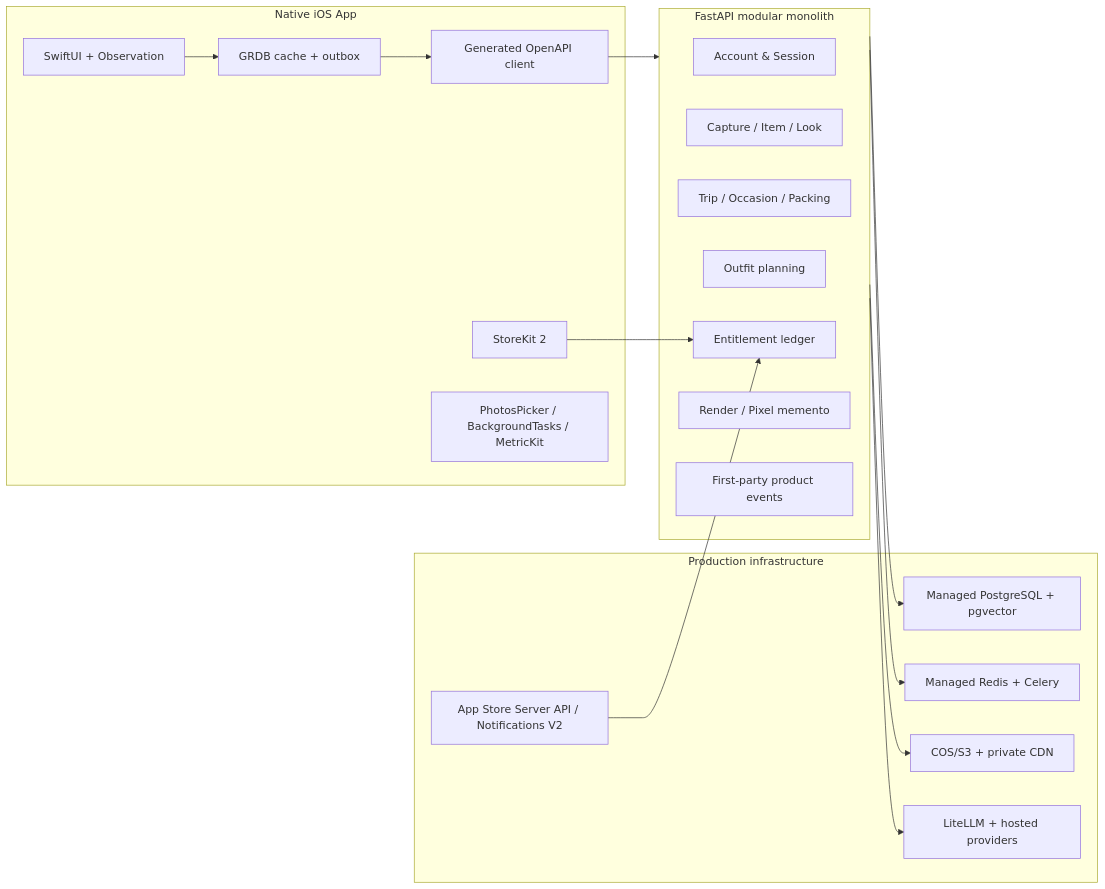
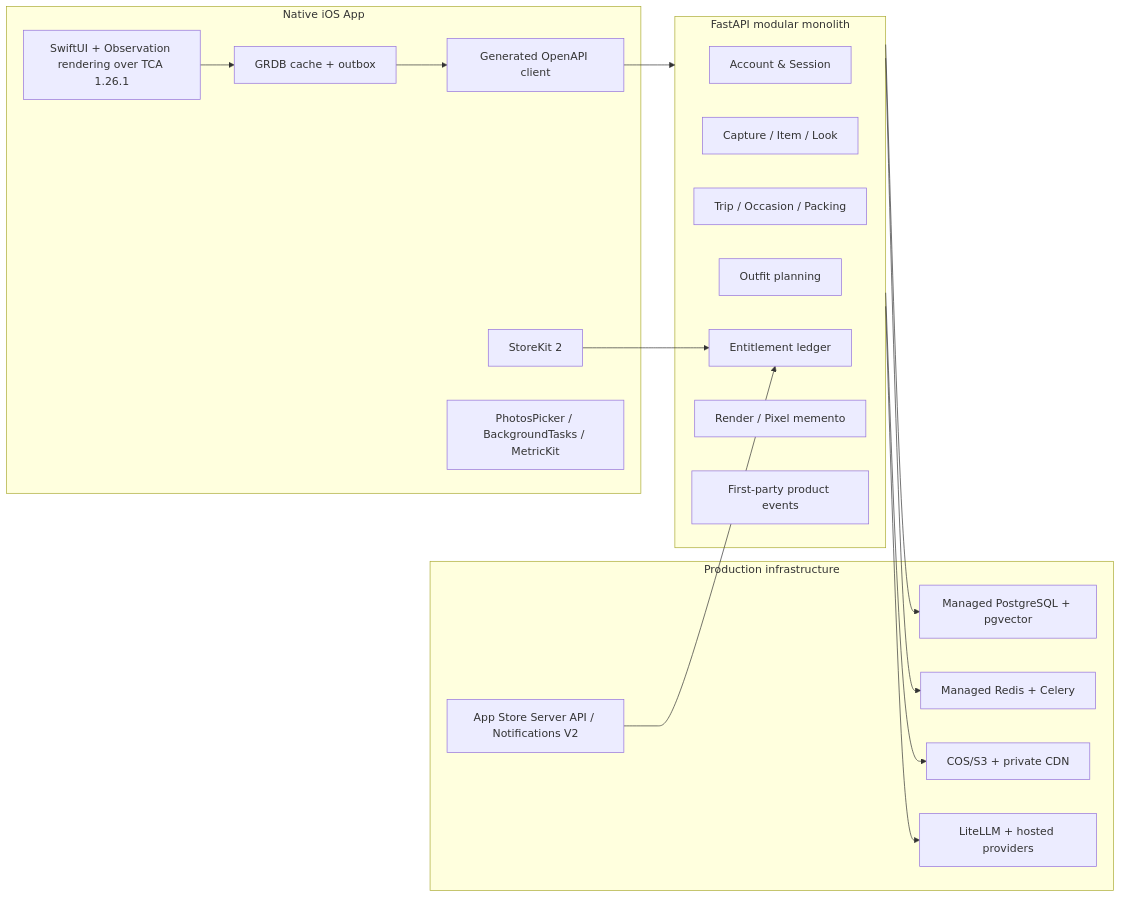
One commit to xinzhuwang-wxz/StyleCapture-plus changed the diagram in docs/architecture/STYLECAPTURE-JOURNEY-TECHNICAL-DESIGN.md. Above: the diagram before and after it, drawn with Mermaid. The commit also changed other lines of this file and 7 other files, not shown here.

````diff
--- a/docs/architecture/STYLECAPTURE-JOURNEY-TECHNICAL-DESIGN.md
+++ b/docs/architecture/STYLECAPTURE-JOURNEY-TECHNICAL-DESIGN.md
@@ -11,33 +11,33 @@
 ```mermaid
 flowchart LR
     subgraph iOS["Native iOS App"]
-        UI["SwiftUI + Observation"]
+        UI["SwiftUI + Observation rendering over TCA 1.26.1"]
         Local["GRDB cache + outbox"]
         Client["Generated OpenAPI client"]
         IAP["StoreKit 2"]
         System["PhotosPicker / BackgroundTasks / MetricKit"]
     end
     subgraph Core["FastAPI modular monolith"]
         Auth["Account & Session"]
         Wardrobe["Capture / Item / Look"]
         Trip["Trip / Occasion / Packing"]
         Outfit["Outfit planning"]
         Commerce["Entitlement ledger"]
         Render["Render / Pixel memento"]
         Events["First-party product events"]
     end
     subgraph Infra["Production infrastructure"]
         PG["Managed PostgreSQL + pgvector"]
         Redis["Managed Redis + Celery"]
         COS["COS/S3 + private CDN"]
         Models["LiteLLM + hosted providers"]
         Apple["App Store Server API / Notifications V2"]
     end
     UI --> Local --> Client --> Core
     IAP --> Commerce
     Apple --> Commerce
     Core --> PG
     Core --> Redis
     Core --> COS
     Core --> Models
 ```
````
